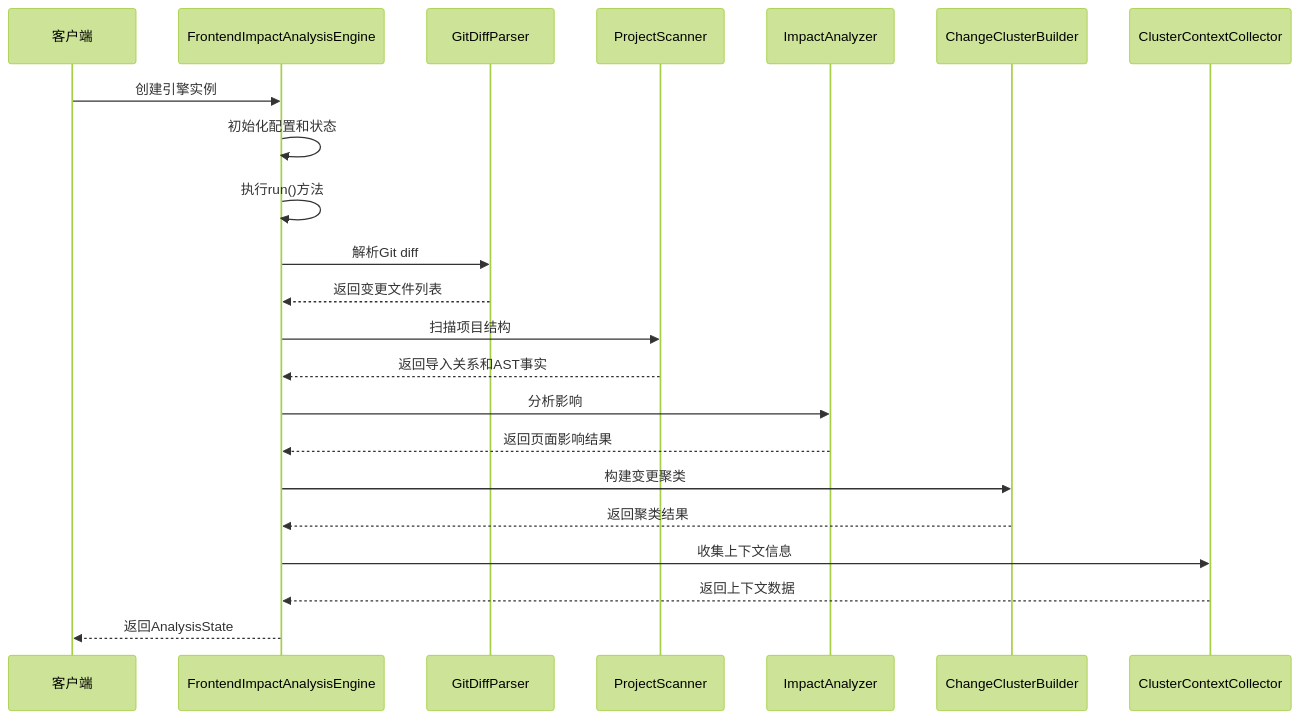
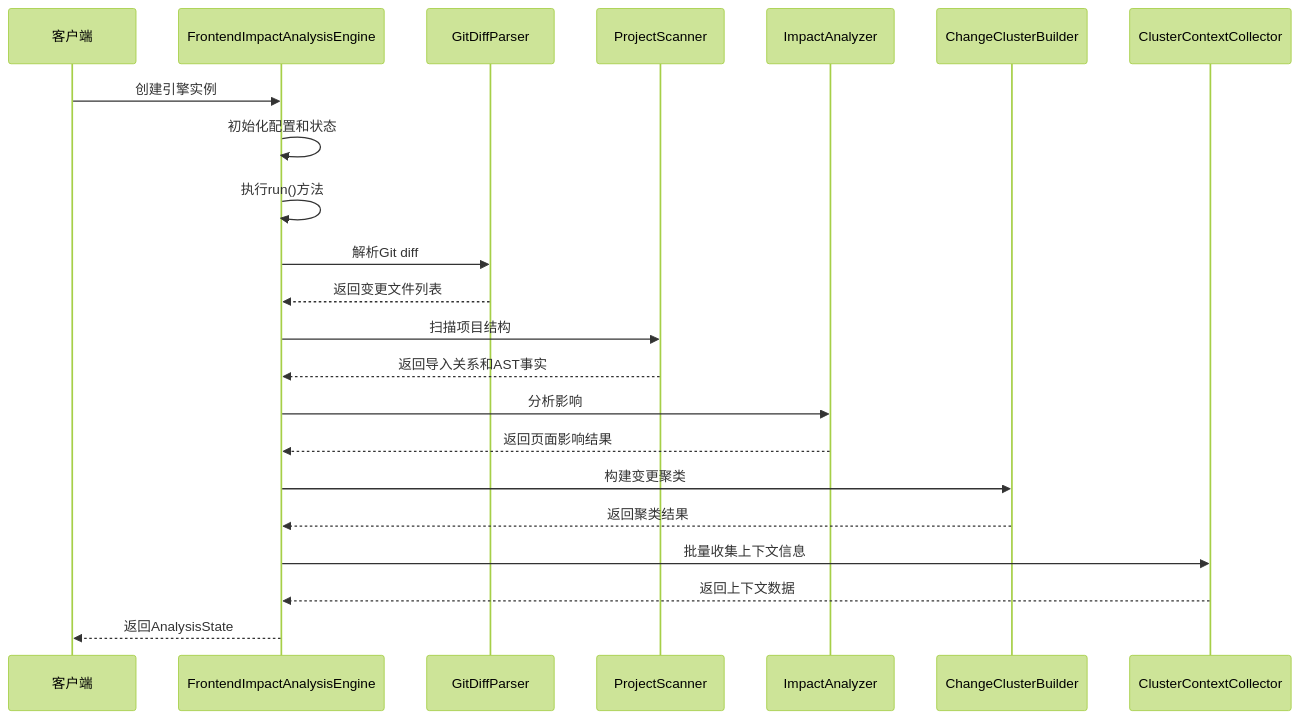
Before and after one commit to brand-new-remo/frontend-impact-analyzer: the second of 6 diagrams in .qoder/repowiki/zh/content/API参考/核心类与方法/FrontendImpactAnalysisEngine类.md, drawn with Mermaid (forest theme). The commit also changed other lines of this file and 7 other files, not shown here.

````diff
--- a/.qoder/repowiki/zh/content/API参考/核心类与方法/FrontendImpactAnalysisEngine类.md
+++ b/.qoder/repowiki/zh/content/API参考/核心类与方法/FrontendImpactAnalysisEngine类.md
@@ -130,24 +143,24 @@
 ```mermaid
 sequenceDiagram
 participant Client as 客户端
 participant Engine as FrontendImpactAnalysisEngine
 participant DiffParser as GitDiffParser
 participant Scanner as ProjectScanner
 participant Analyzer as ImpactAnalyzer
 participant Clusters as ChangeClusterBuilder
 participant Context as ClusterContextCollector
 Client->>Engine : 创建引擎实例
 Engine->>Engine : 初始化配置和状态
 Engine->>Engine : 执行run()方法
 Engine->>DiffParser : 解析Git diff
 DiffParser-->>Engine : 返回变更文件列表
 Engine->>Scanner : 扫描项目结构
 Scanner-->>Engine : 返回导入关系和AST事实
 Engine->>Analyzer : 分析影响
 Analyzer-->>Engine : 返回页面影响结果
 Engine->>Clusters : 构建变更聚类
 Clusters-->>Engine : 返回聚类结果
-Engine->>Context : 收集上下文信息
+Engine->>Context : 批量收集上下文信息
 Context-->>Engine : 返回上下文数据
 Engine-->>Client : 返回AnalysisState
 ```
````
